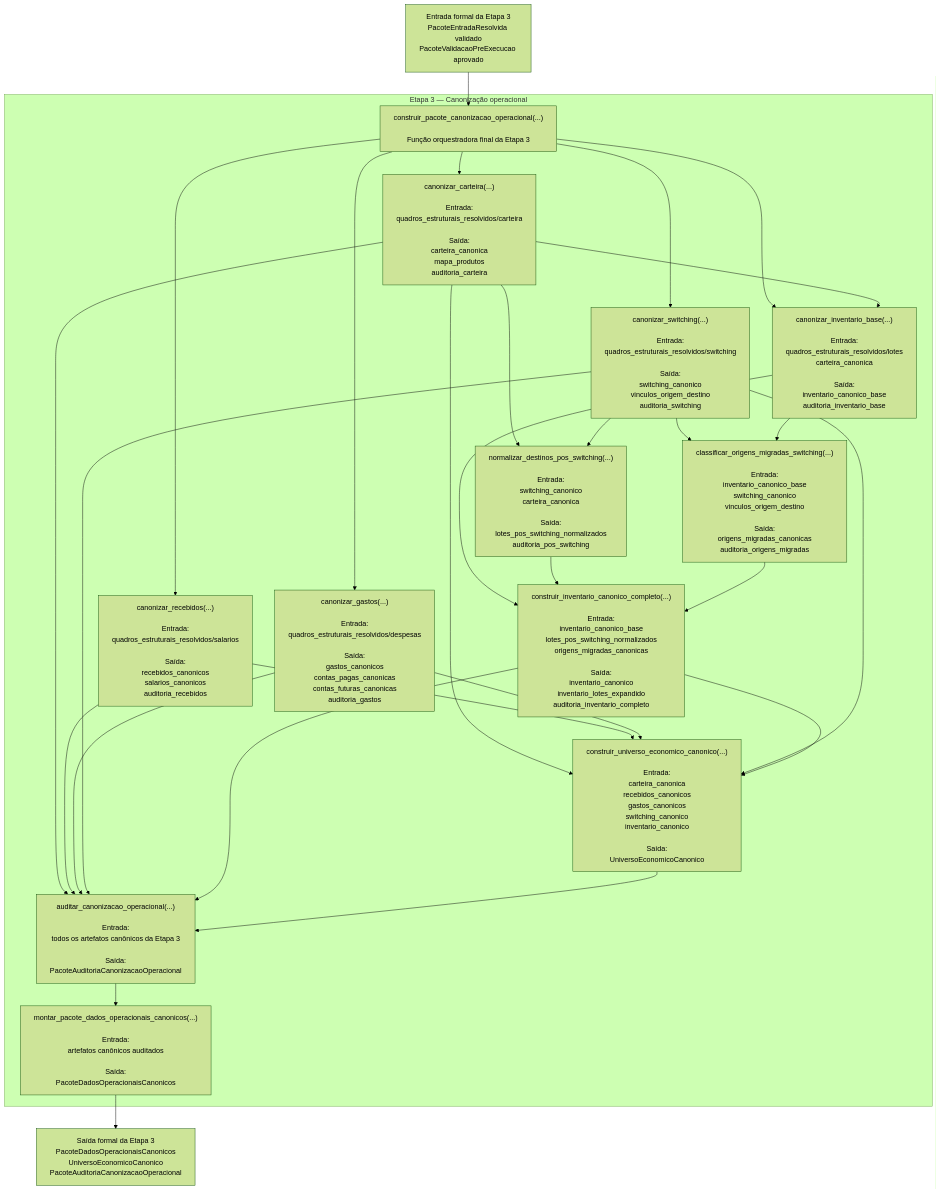
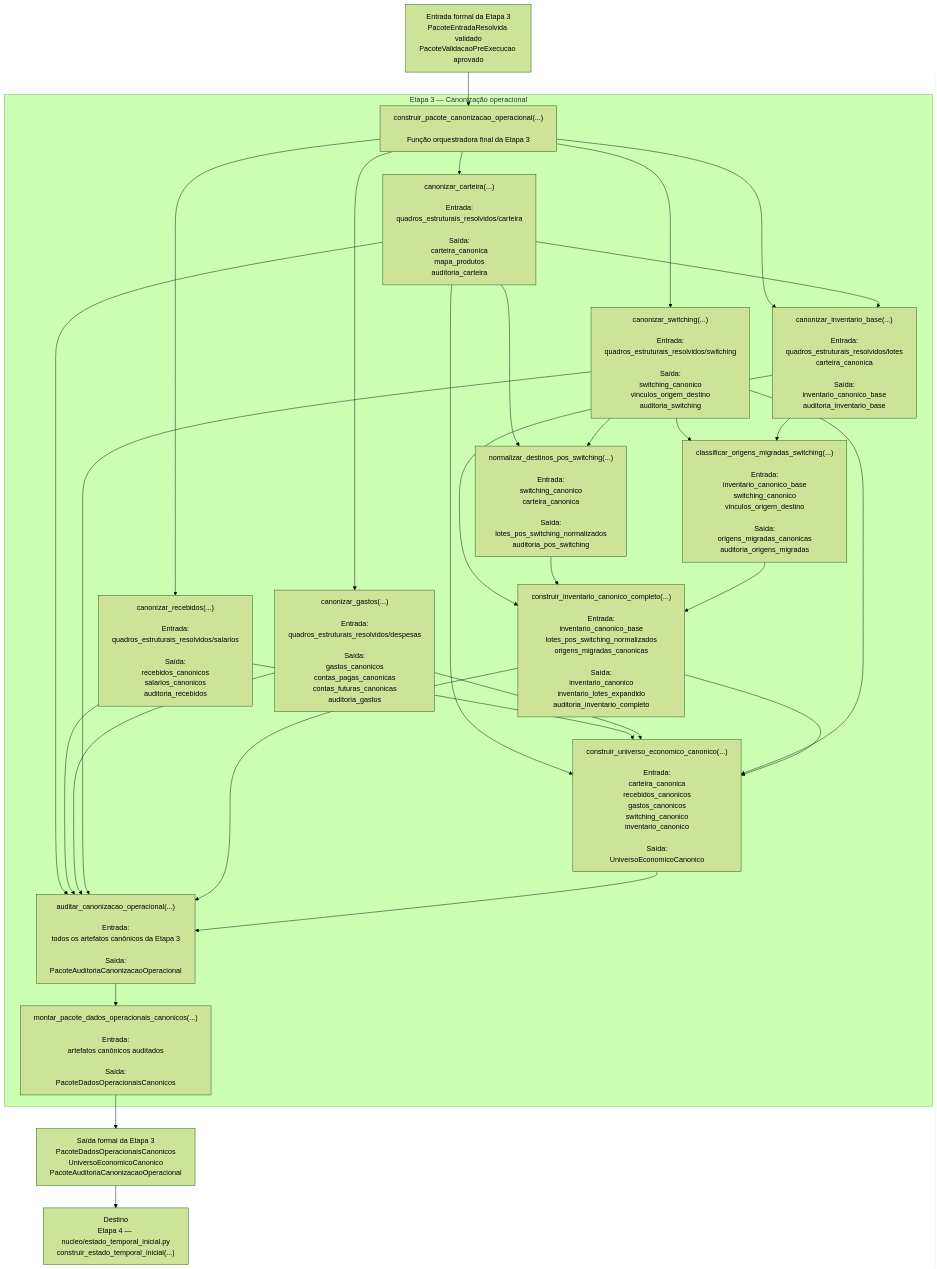
One commit to WevertonGomesCosta/payment-investment-allocation changed the diagram in relatorios/principais/contratos_individuais/CONTRATO_ETAPA3_DADOS_OPERACIONAIS_CANONICOS.md. Above: the diagram before and after it, drawn with Mermaid (forest theme). The commit also changed other lines of this file, not shown here.

Commit message:
MACRO-CONTRATOS-02: padroniza contrato da etapa 3

````diff
--- a/relatorios/principais/contratos_individuais/CONTRATO_ETAPA3_DADOS_OPERACIONAIS_CANONICOS.md
+++ b/relatorios/principais/contratos_individuais/CONTRATO_ETAPA3_DADOS_OPERACIONAIS_CANONICOS.md
@@ -315,63 +205,64 @@
 ```mermaid
 flowchart TD
 
     IN["Entrada formal da Etapa 3<br/>PacoteEntradaResolvida validado<br/>PacoteValidacaoPreExecucao aprovado"]
 
     subgraph E3["Etapa 3 — Canonização operacional"]
 
         F0["construir_pacote_canonizacao_operacional(...)<br/><br/>Função orquestradora final da Etapa 3"]
 
         F1["canonizar_carteira(...)<br/><br/>Entrada:<br/>quadros_estruturais_resolvidos/carteira<br/><br/>Saída:<br/>carteira_canonica<br/>mapa_produtos<br/>auditoria_carteira"]
 
         F2["canonizar_recebidos(...)<br/><br/>Entrada:<br/>quadros_estruturais_resolvidos/salarios<br/><br/>Saída:<br/>recebidos_canonicos<br/>salarios_canonicos<br/>auditoria_recebidos"]
 
         F3["canonizar_gastos(...)<br/><br/>Entrada:<br/>quadros_estruturais_resolvidos/despesas<br/><br/>Saída:<br/>gastos_canonicos<br/>contas_pagas_canonicas<br/>contas_futuras_canonicas<br/>auditoria_gastos"]
 
         F4["canonizar_switching(...)<br/><br/>Entrada:<br/>quadros_estruturais_resolvidos/switching<br/><br/>Saída:<br/>switching_canonico<br/>vinculos_origem_destino<br/>auditoria_switching"]
 
         F5["canonizar_inventario_base(...)<br/><br/>Entrada:<br/>quadros_estruturais_resolvidos/lotes<br/>carteira_canonica<br/><br/>Saída:<br/>inventario_canonico_base<br/>auditoria_inventario_base"]
 
         F6["normalizar_destinos_pos_switching(...)<br/><br/>Entrada:<br/>switching_canonico<br/>carteira_canonica<br/><br/>Saída:<br/>lotes_pos_switching_normalizados<br/>auditoria_pos_switching"]
 
         F7["classificar_origens_migradas_switching(...)<br/><br/>Entrada:<br/>inventario_canonico_base<br/>switching_canonico<br/>vinculos_origem_destino<br/><br/>Saída:<br/>origens_migradas_canonicas<br/>auditoria_origens_migradas"]
 
         F8["construir_inventario_canonico_completo(...)<br/><br/>Entrada:<br/>inventario_canonico_base<br/>lotes_pos_switching_normalizados<br/>origens_migradas_canonicas<br/><br/>Saída:<br/>inventario_canonico<br/>inventario_lotes_expandido<br/>auditoria_inventario_completo"]
 
         F9["construir_universo_economico_canonico(...)<br/><br/>Entrada:<br/>carteira_canonica<br/>recebidos_canonicos<br/>gastos_canonicos<br/>switching_canonico<br/>inventario_canonico<br/><br/>Saída:<br/>UniversoEconomicoCanonico"]
 
         F10["auditar_canonizacao_operacional(...)<br/><br/>Entrada:<br/>todos os artefatos canônicos da Etapa 3<br/><br/>Saída:<br/>PacoteAuditoriaCanonizacaoOperacional"]
 
         F11["montar_pacote_dados_operacionais_canonicos(...)<br/><br/>Entrada:<br/>artefatos canônicos auditados<br/><br/>Saída:<br/>PacoteDadosOperacionaisCanonicos"]
 
         F0 --> F1
         F0 --> F2
         F0 --> F3
         F0 --> F4
         F0 --> F5
         F1 --> F5
         F1 --> F6
         F4 --> F6
         F4 --> F7
         F5 --> F7
         F5 --> F8
         F6 --> F8
         F7 --> F8
         F1 --> F9
         F2 --> F9
         F3 --> F9
         F4 --> F9
         F8 --> F9
         F1 --> F10
         F2 --> F10
         F3 --> F10
         F4 --> F10
         F8 --> F10
         F9 --> F10
         F10 --> F11
     end
 
     OUT["Saída formal da Etapa 3<br/>PacoteDadosOperacionaisCanonicos<br/>UniversoEconomicoCanonico<br/>PacoteAuditoriaCanonizacaoOperacional"]
 
     IN --> F0
     F11 --> OUT
+    OUT --> E4["Destino<br/>Etapa 4 — nucleo/estado_temporal_inicial.py<br/>construir_estado_temporal_inicial(...)"]
 ```
````
